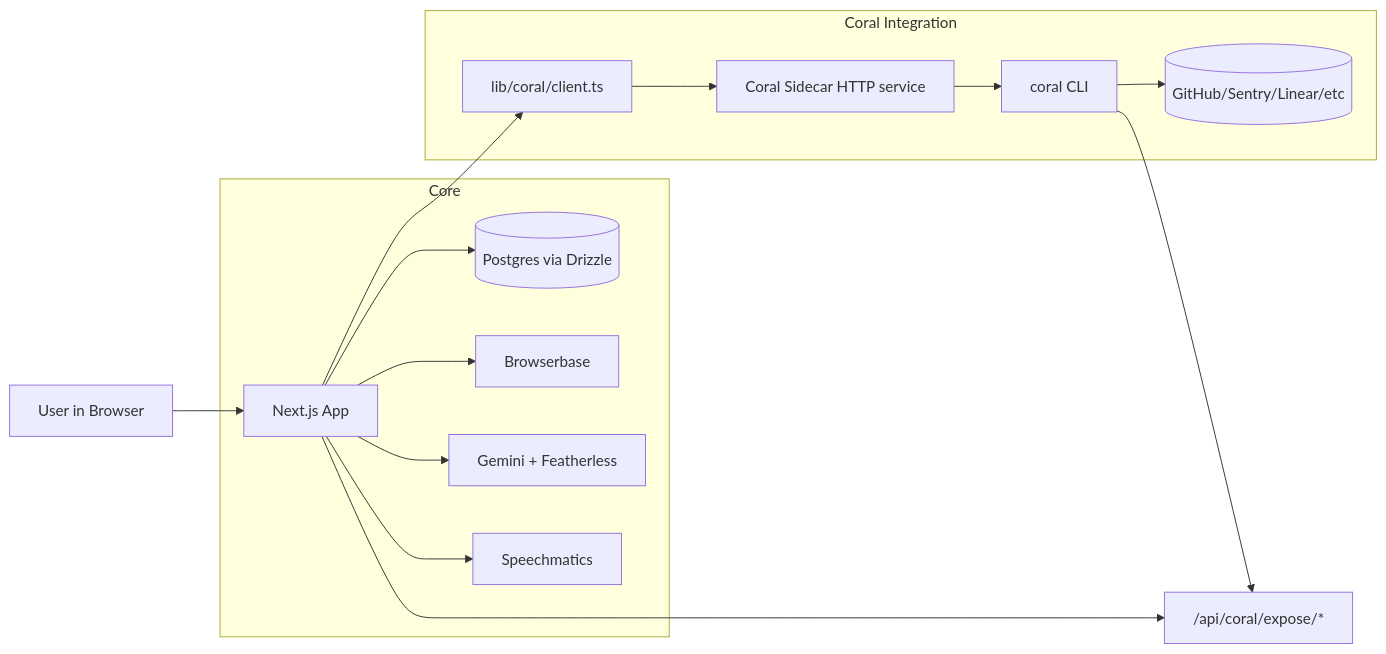
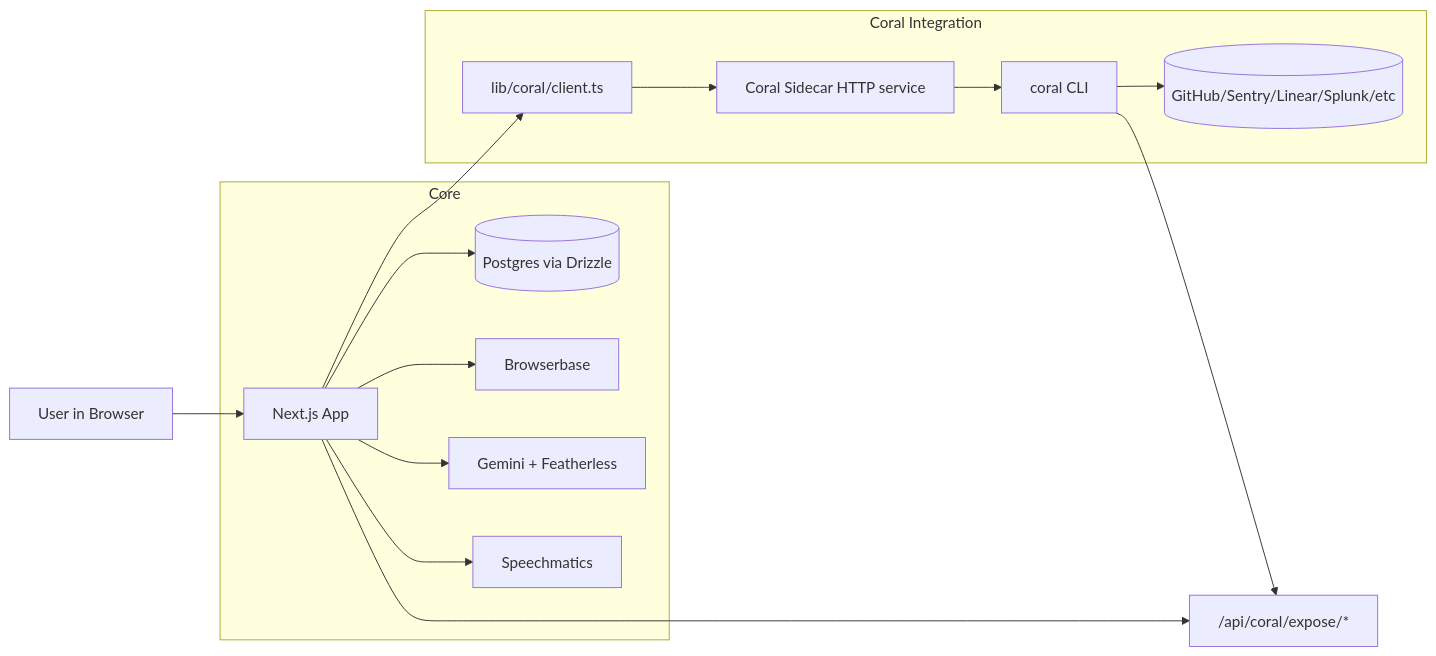
One commit to Arjunhg/coral changed the first of 2 diagrams in README.md. Above: the diagram before and after it, drawn with Mermaid. The commit also changed other lines of this file and 18 other files, not shown here.

````diff
--- a/README.md
+++ b/README.md
@@ -29,21 +39,21 @@
 ```mermaid
 flowchart LR
   U[User in Browser] --> N[Next.js App]
 
   subgraph Core
     N --> DB[(Postgres via Drizzle)]
     N --> BB[Browserbase]
     N --> AI[Gemini + Featherless]
     N --> SM[Speechmatics]
   end
 
   subgraph Coral Integration
     N --> CClient[lib/coral/client.ts]
     CClient --> Sidecar[Coral Sidecar HTTP service]
     Sidecar --> CoralCLI[coral CLI]
-    CoralCLI --> Sources[(GitHub/Sentry/Linear/etc)]
+    CoralCLI --> Sources[(GitHub/Sentry/Linear/Splunk/etc)]
   end
 
   N --> Expose["/api/coral/expose/*"]
   CoralCLI --> Expose
 ```
````
